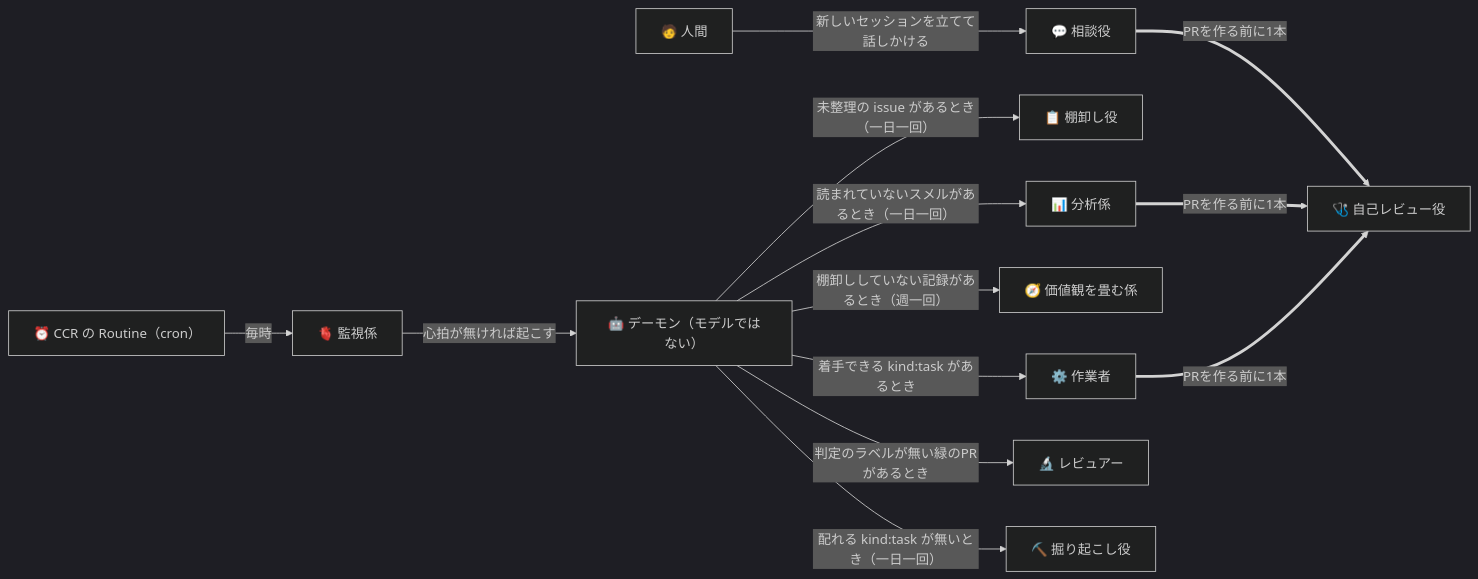
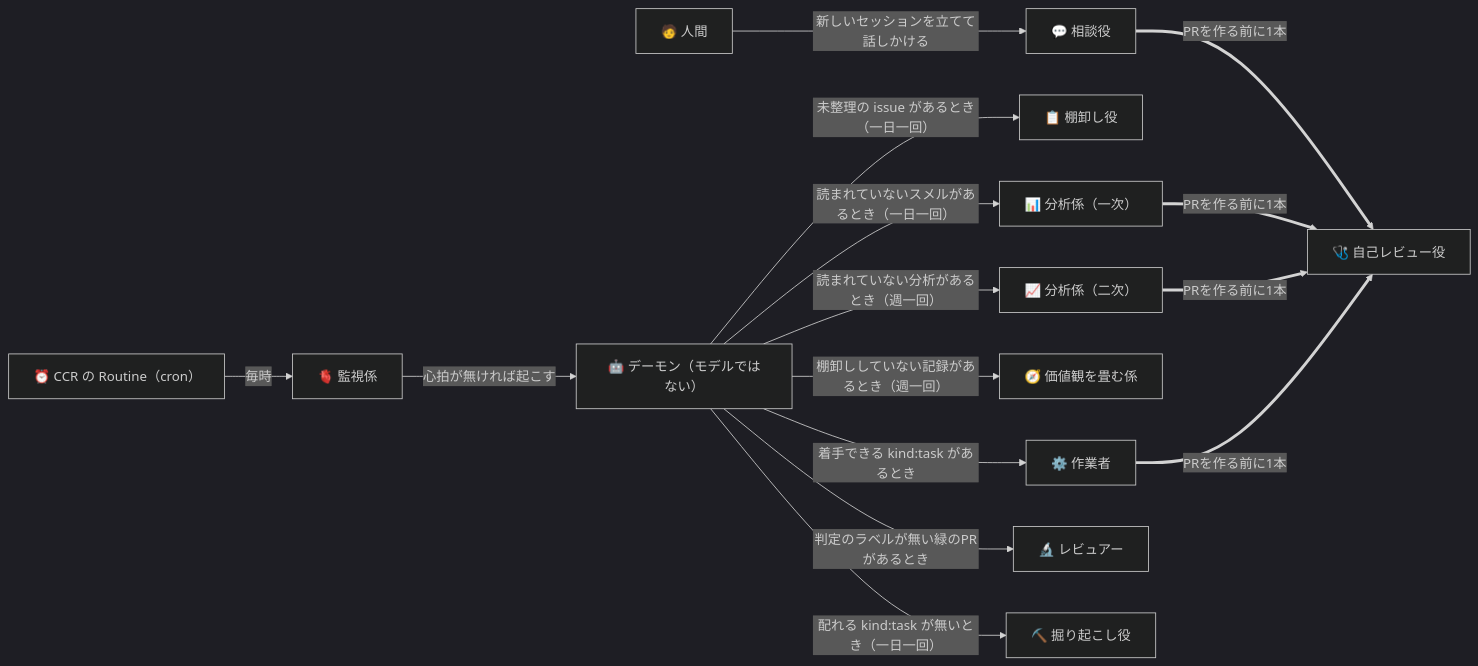
Before and after one commit to gooyyu1/UnmappedIsland: the first of 5 diagrams in docs/ParallelAgents.md, drawn with Mermaid (dark theme). The commit also changed other lines of this file and 15 other files, not shown here.

````diff
--- a/docs/ParallelAgents.md
+++ b/docs/ParallelAgents.md
@@ -28,28 +28,31 @@
 ```mermaid
 flowchart LR
     Human["🧑 人間"]
     Cron["⏰ CCR の Routine（cron）"]
     Watch["🫀 監視係"]
     Daemon["🤖 デーモン（モデルではない）"]
     Adviser["💬 相談役"]
     Triage["📋 棚卸し役"]
-    Analysis["📊 分析係"]
+    Analysis["📊 分析係（一次）"]
+    Trend["📈 分析係（二次）"]
     Policy["🧭 価値観を畳む係"]
     Reviewer["🔬 レビュアー"]
     Worker["⚙️ 作業者"]
     SelfReview["🩺 自己レビュー役"]
     Digger["⛏️ 掘り起こし役"]
 
     Human -->|"新しいセッションを立てて話しかける"| Adviser
     Cron -->|"毎時"| Watch
     Watch -->|"心拍が無ければ起こす"| Daemon
     Daemon -->|"未整理の issue があるとき（一日一回）"| Triage
     Daemon -->|"読まれていないスメルがあるとき（一日一回）"| Analysis
+    Daemon -->|"読まれていない分析があるとき（週一回）"| Trend
     Daemon -->|"棚卸ししていない記録があるとき（週一回）"| Policy
     Daemon -->|"着手できる kind:task があるとき"| Worker
     Daemon -->|"判定のラベルが無い緑のPRがあるとき"| Reviewer
     Daemon -->|"配れる kind:task が無いとき（一日一回）"| Digger
     Worker ==>|"PRを作る前に1本"| SelfReview
     Analysis ==>|"PRを作る前に1本"| SelfReview
+    Trend ==>|"PRを作る前に1本"| SelfReview
     Adviser ==>|"PRを作る前に1本"| SelfReview
 ```
````
